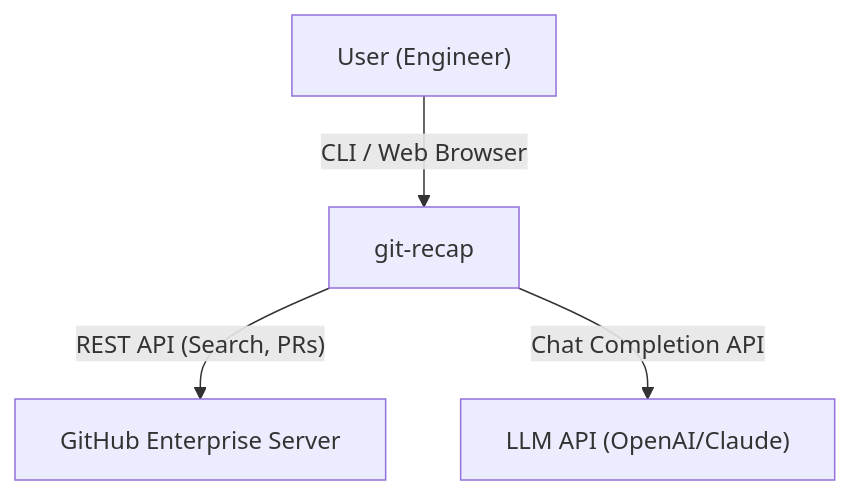
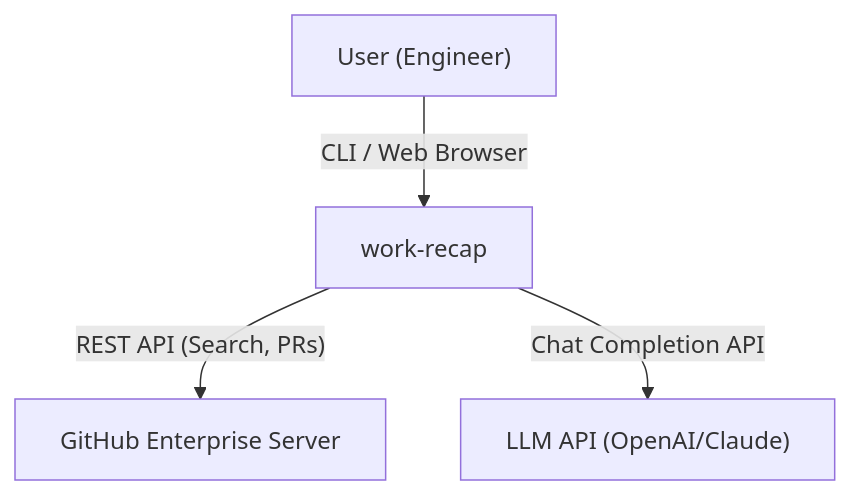
The first of 3 diagrams in design.md (YongseopKim/work-recap), drawn with Mermaid before and after one commit. The commit also changed other lines of this file and 74 other files, not shown here.

First line of the commit message:
Rename project: git-recap → work-recap (CLI: recap, module: workrecap)

````diff
--- a/design.md
+++ b/design.md
@@ -54,11 +54,11 @@
 ```mermaid
 graph TB
     User["User (Engineer)"]
-    GitRecap["git-recap"]
+    WorkRecap["work-recap"]
     GHES["GitHub Enterprise Server"]
     LLM["LLM API (OpenAI/Claude)"]
 
-    User -->|"CLI / Web Browser"| GitRecap
-    GitRecap -->|"REST API (Search, PRs)"| GHES
-    GitRecap -->|"Chat Completion API"| LLM
+    User -->|"CLI / Web Browser"| WorkRecap
+    WorkRecap -->|"REST API (Search, PRs)"| GHES
+    WorkRecap -->|"Chat Completion API"| LLM
 ```
````
